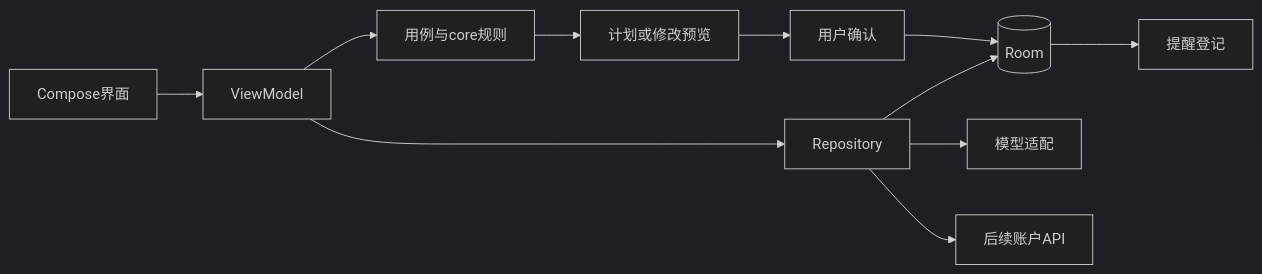
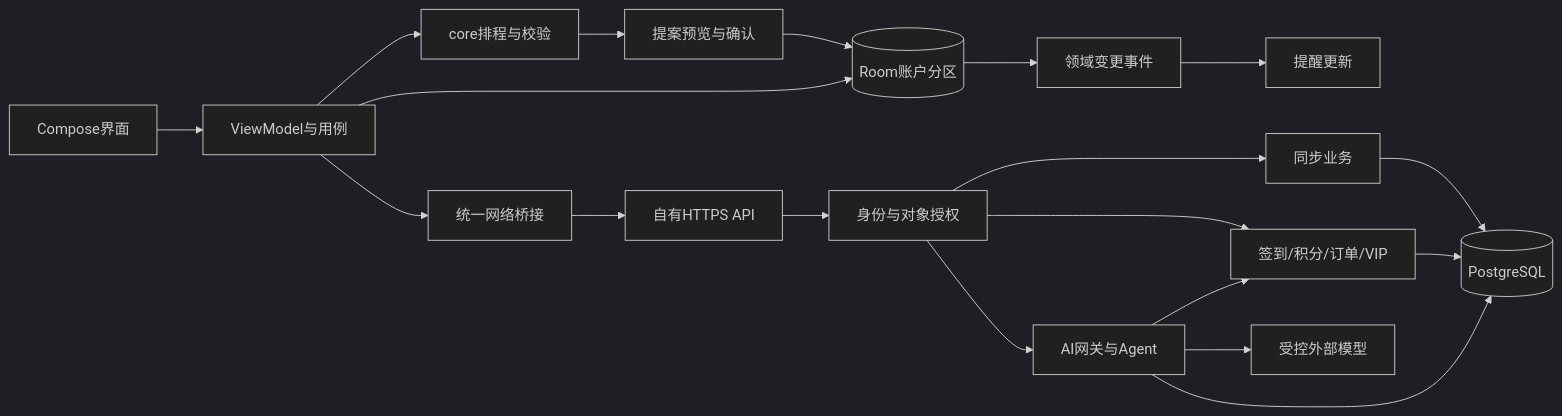
Before and after one commit to bottledkzk/WhaleToDo: the diagram in doc/All/架构与技术栈.md, drawn with Mermaid (dark theme). The commit also changed other lines of this file and 15 other files, not shown here.

````diff
--- a/doc/All/架构与技术栈.md
+++ b/doc/All/架构与技术栈.md
@@ -15,13 +15,21 @@
 ```mermaid
 flowchart LR
- UI[Compose界面] --> VM[ViewModel]
- VM --> UC[用例与core规则]
- VM --> Repo[Repository]
- Repo --> DB[(Room)]
- Repo --> AI[模型适配]
- Repo --> API[后续账户API]
- UC --> Preview[计划或修改预览]
- Preview --> Confirm[用户确认]
- Confirm --> DB
- DB --> Reminder[提醒登记]
+ UI[Compose界面] --> VM[ViewModel与用例]
+ VM --> Core[core排程与校验]
+ VM --> Local[(Room账户分区)]
+ VM --> Net[统一网络桥接]
+ Net --> API[自有HTTPS API]
+ API --> Auth[身份与对象授权]
+ Auth --> Sync[同步业务]
+ Auth --> Billing[签到/积分/订单/VIP]
+ Auth --> AI[AI网关与Agent]
+ AI --> Billing
+ AI --> Models[受控外部模型]
+ Sync --> DB[(PostgreSQL)]
+ Billing --> DB
+ AI --> DB
+ Core --> Preview[提案预览与确认]
+ Preview --> Local
+ Local --> Events[领域变更事件]
+ Events --> Remind[提醒更新]
 ```
````
